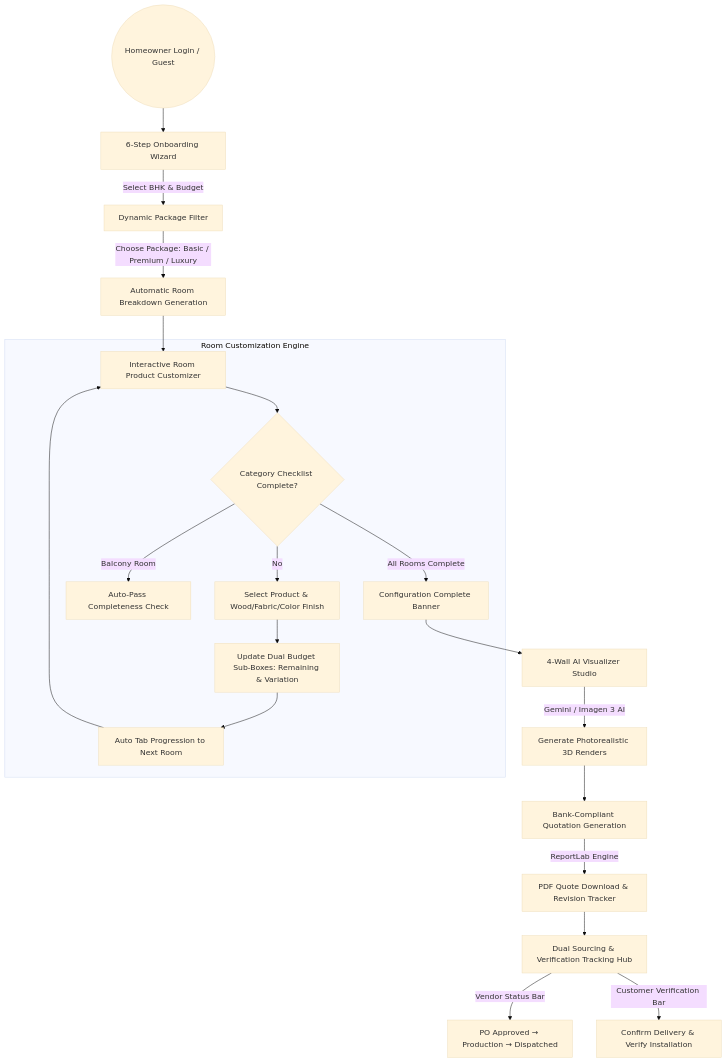
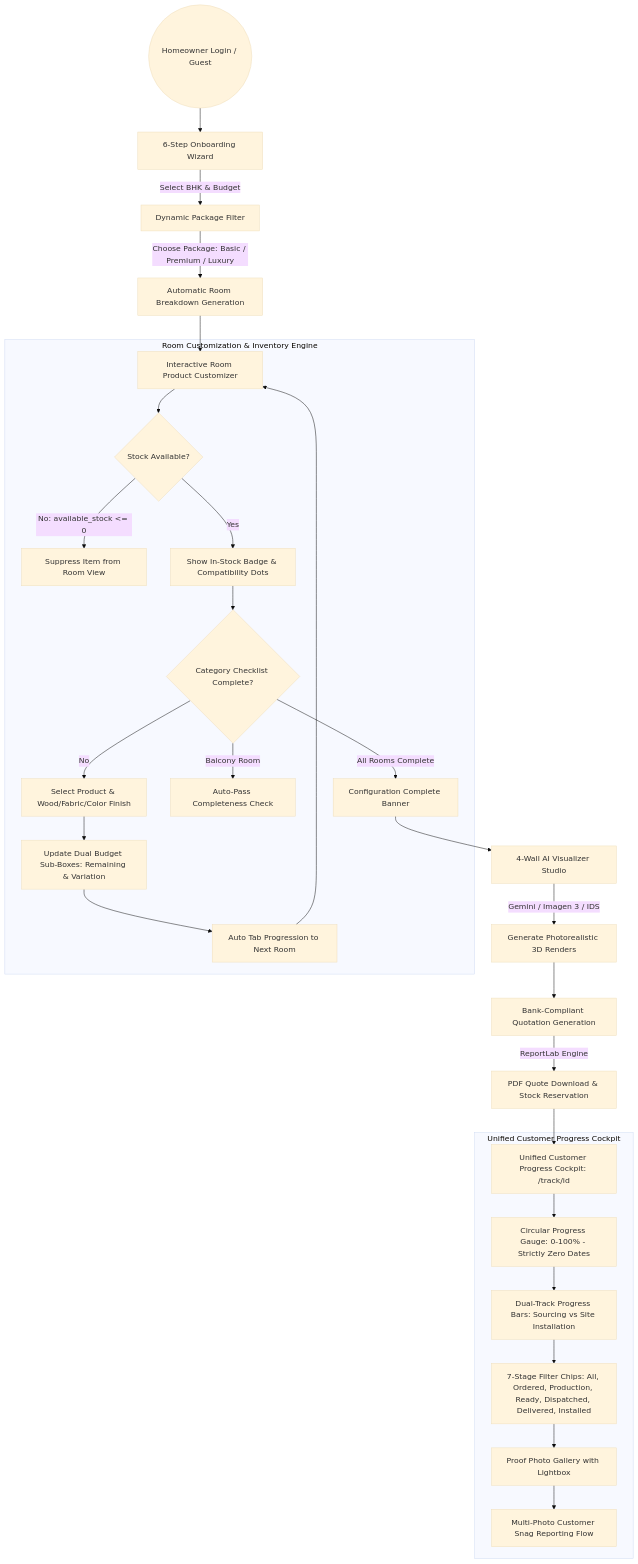
One commit to Vedant-Raju-Borker-2005/Interior_Design changed the third of 8 diagrams in ARCHITECTURE.md. Above: the diagram before and after it, drawn with Mermaid (base theme). The commit also changed other lines of this file and 4 other files, not shown here.

Commit message:
Update system architecture and AGENTS documentation across portals and backend-ai

````diff
--- a/ARCHITECTURE.md
+++ b/ARCHITECTURE.md
@@ -83,25 +95,34 @@
 ```mermaid
 graph TD
     Start((Homeowner Login / Guest)) --> Step1[6-Step Onboarding Wizard]
     Step1 -->|Select BHK & Budget| Step2[Dynamic Package Filter]
     Step2 -->|Choose Package: Basic / Premium / Luxury| Step3[Automatic Room Breakdown Generation]
     Step3 --> Step4[Interactive Room Product Customizer]
     
-    subgraph CustomizerLoop ["Room Customization Engine"]
-        Step4 --> ChecklistCheck{Category Checklist Complete?}
+    subgraph CustomizerLoop ["Room Customization & Inventory Engine"]
+        Step4 --> StockCheck{Stock Available?}
+        StockCheck -->|No: available_stock <= 0| Suppress[Suppress Item from Room View]
+        StockCheck -->|Yes| DisplayStock[Show In-Stock Badge & Compatibility Dots]
+        DisplayStock --> ChecklistCheck{Category Checklist Complete?}
         ChecklistCheck -->|No| SelectProduct[Select Product & Wood/Fabric/Color Finish]
         SelectProduct --> BudgetUpdate[Update Dual Budget Sub-Boxes: Remaining & Variation]
         BudgetUpdate --> AutoTab[Auto Tab Progression to Next Room]
         AutoTab --> Step4
         ChecklistCheck -->|Balcony Room| AutoPass[Auto-Pass Completeness Check]
         ChecklistCheck -->|All Rooms Complete| ConfigDone[Configuration Complete Banner]
     end
     
     ConfigDone --> Step5[4-Wall AI Visualizer Studio]
-    Step5 -->|Gemini / Imagen 3 AI| Render[Generate Photorealistic 3D Renders]
+    Step5 -->|Gemini / Imagen 3 / IDS| Render[Generate Photorealistic 3D Renders]
     Render --> Step6[Bank-Compliant Quotation Generation]
-    Step6 -->|ReportLab Engine| QuotePDF[PDF Quote Download & Revision Tracker]
-    QuotePDF --> Step7[Dual Sourcing & Verification Tracking Hub]
-    Step7 -->|Vendor Status Bar| Track1[PO Approved → Production → Dispatched]
-    Step7 -->|Customer Verification Bar| Track2[Confirm Delivery & Verify Installation]
+    Step6 -->|ReportLab Engine| QuotePDF[PDF Quote Download & Stock Reservation]
+    QuotePDF --> Step7[Unified Customer Progress Cockpit: /track/id]
+    
+    subgraph TrackingCockpit ["Unified Customer Progress Cockpit"]
+        Step7 --> HeroGauge[Circular Progress Gauge: 0-100% - Strictly Zero Dates]
+        HeroGauge --> DualBars[Dual-Track Progress Bars: Sourcing vs Site Installation]
+        DualBars --> FilterChips[7-Stage Filter Chips: All, Ordered, Production, Ready, Dispatched, Delivered, Installed]
+        FilterChips --> ProofLightbox[Proof Photo Gallery with Lightbox]
+        ProofLightbox --> SnagReporting[Multi-Photo Customer Snag Reporting Flow]
+    end
 ```
````
